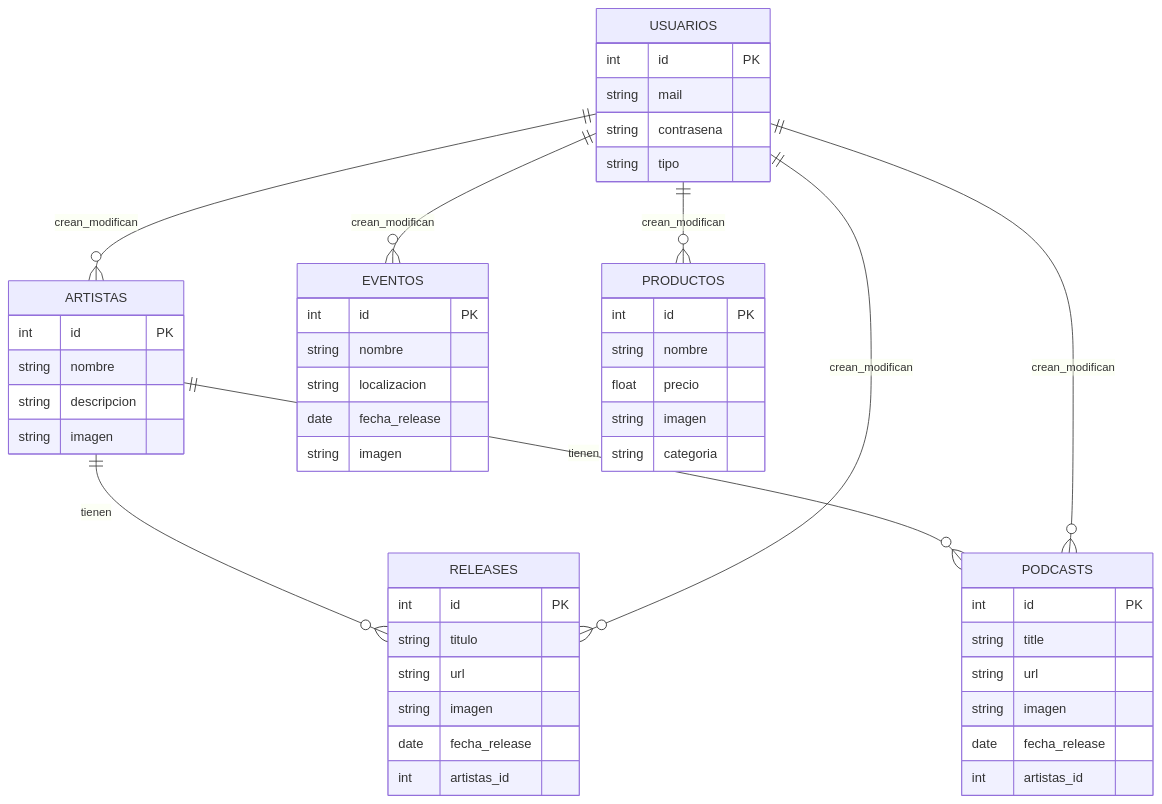
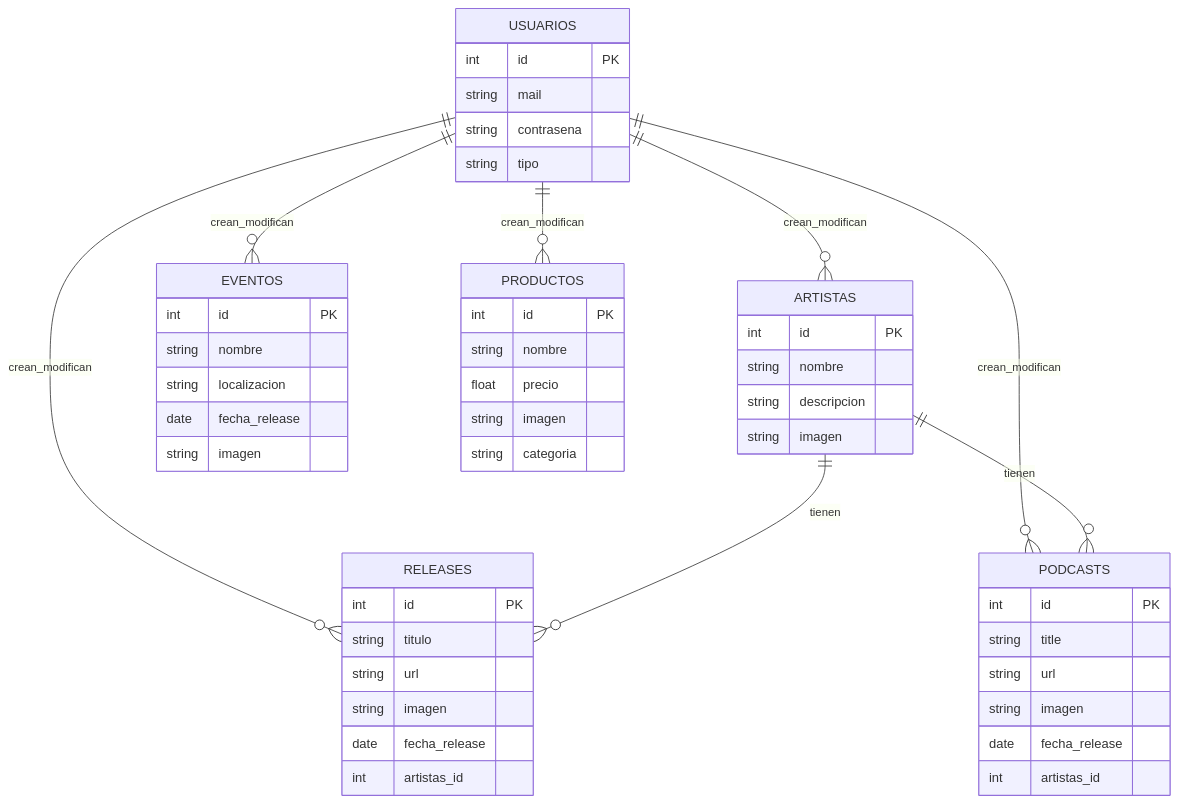
Before and after one commit to JavierFernandezPampin/ProyectoSynthgroove: the diagram in doc/templates/3_deseno.md, drawn with Mermaid. The commit also changed other lines of this file, not shown here.

````diff
--- a/doc/templates/3_deseno.md
+++ b/doc/templates/3_deseno.md
@@ -16,61 +16,61 @@
 ```mermaid
 
 erDiagram
 
 ARTISTAS {
     int id PK
     string nombre
     string descripcion
     string imagen
 }
 
 RELEASES {
     int id PK
     string titulo
     string url
     string imagen
     date fecha_release
     int artistas_id
 }
 
 PODCASTS {
     int id PK
     string title
     string url
     string imagen
     date fecha_release
     int artistas_id
 }
 
 EVENTOS {
     int id PK
     string nombre
     string localizacion
     date fecha_release
     string imagen
 }
 
 PRODUCTOS {
     int id PK
     string nombre
     float precio
     string imagen
     string categoria
 }
 
 USUARIOS {
     int id PK
     string mail
     string contrasena
     string tipo
 }
-
-ARTISTAS ||--o{ RELEASES : tienen
-ARTISTAS ||--o{ PODCASTS : tienen
-
 USUARIOS ||--o{ ARTISTAS : crean_modifican
 USUARIOS ||--o{ RELEASES : crean_modifican
 USUARIOS ||--o{ PODCASTS : crean_modifican
 USUARIOS ||--o{ EVENTOS : crean_modifican
 USUARIOS ||--o{ PRODUCTOS : crean_modifican
+ARTISTAS ||--o{ RELEASES : tienen
+ARTISTAS ||--o{ PODCASTS : tienen
+
+
 ```
````
